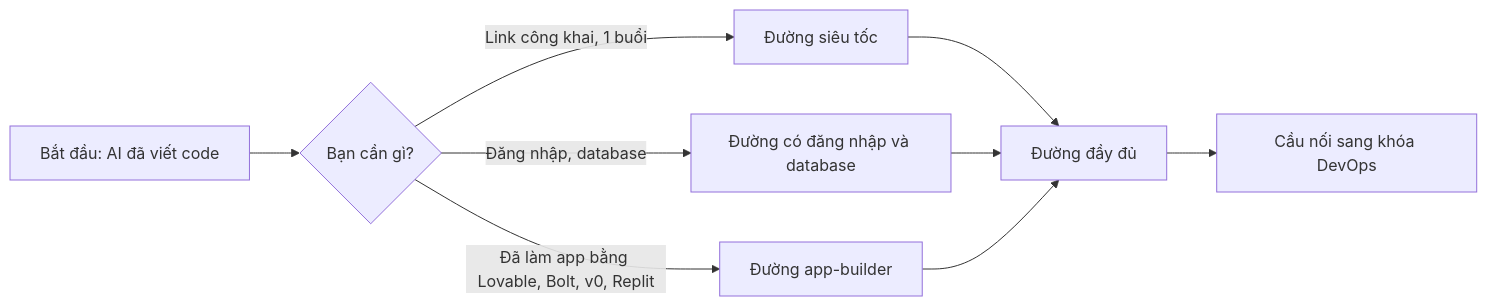
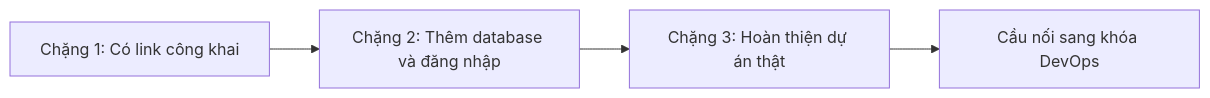
The diagram in vibe/index.md (TienNHM/devops-course), drawn with Mermaid before and after one commit. The commit also changed other lines of this file and 266 other files, not shown here.

````diff
--- a/vibe/index.md
+++ b/vibe/index.md
@@ -37,11 +43,6 @@
 ```mermaid
 flowchart LR
-    A["Bắt đầu: AI đã viết code"] --> B{"Bạn cần gì?"}
-    B -->|"Link công khai, 1 buổi"| C["Đường siêu tốc"]
-    B -->|"Đăng nhập, database"| F["Đường có đăng nhập và database"]
-    B -->|"Đã làm app bằng Lovable, Bolt, v0, Replit"| G["Đường app-builder"]
-    C --> D["Đường đầy đủ"]
-    F --> D
-    G --> D
-    D --> E["Cầu nối sang khóa DevOps"]
+    A["Chặng 1: Có link công khai"] --> B["Chặng 2: Thêm database và đăng nhập"]
+    B --> C["Chặng 3: Hoàn thiện dự án thật"]
+    C --> D["Cầu nối sang khóa DevOps"]
 ```
````
